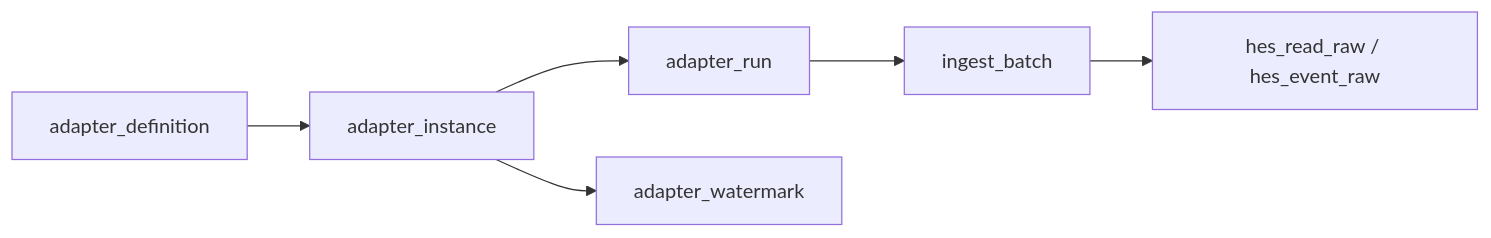
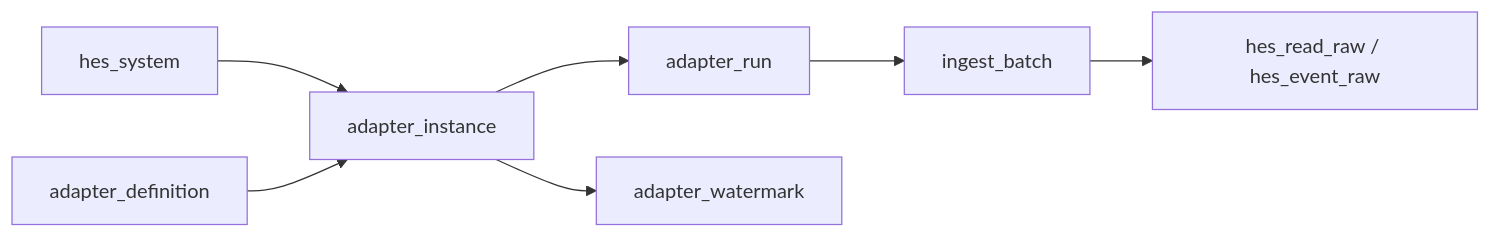
Before and after one commit to gomsoon/2604_sim_mdms_auto: the diagram in docs/adapter-data-model.md, drawn with Mermaid. The commit also changed other lines of this file and 8 other files, not shown here.

Commit message:
Document HES system registry baseline

````diff
--- a/docs/adapter-data-model.md
+++ b/docs/adapter-data-model.md
@@ -52,8 +53,9 @@
 ```mermaid
 flowchart LR
+    H["hes_system"] --> I["adapter_instance"]
     D["adapter_definition"] --> I["adapter_instance"]
     I --> R["adapter_run"]
     I --> W["adapter_watermark"]
     R --> B["ingest_batch"]
     B --> RR["hes_read_raw / hes_event_raw"]
 ```
````
